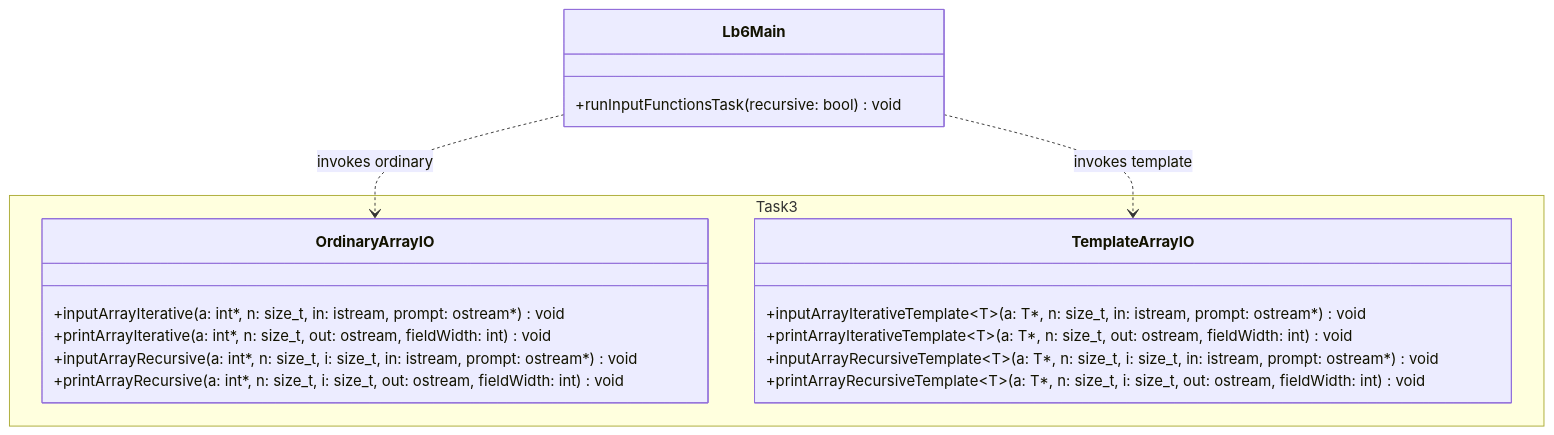
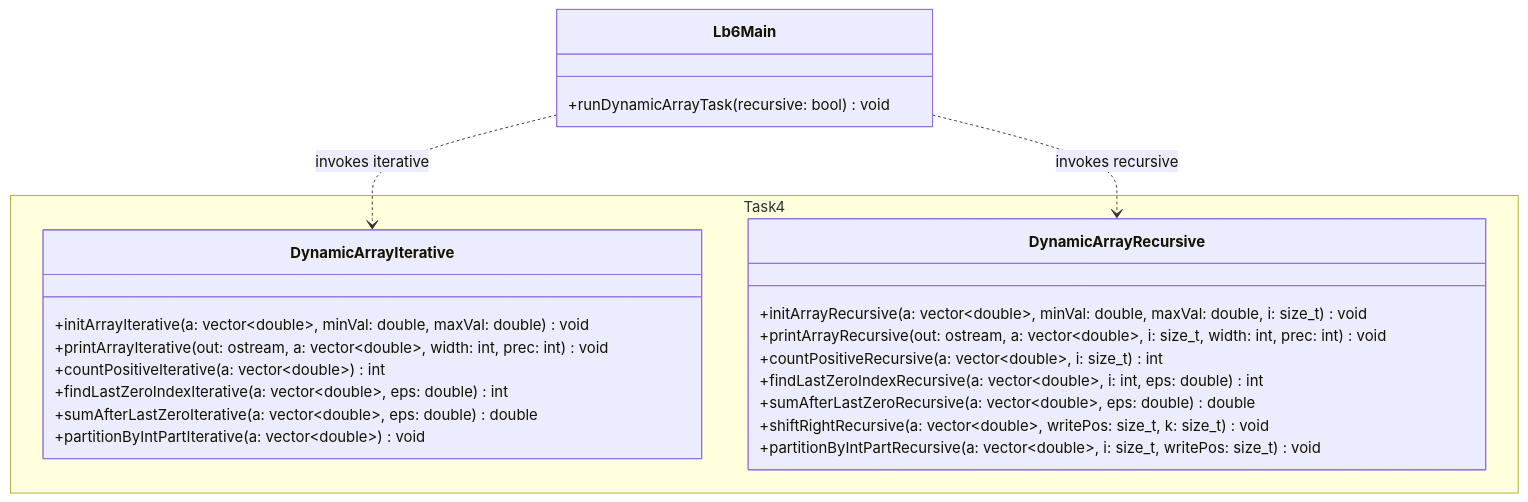
The third of 3 diagrams in Lb6/README.md (lviv-polytech/alg-cpp-labs), drawn with Mermaid before and after one commit. The commit also changed other lines of this file and 5 other files, not shown here.

Commit message:
feat(lab-06): implement task 6.4 dynamic array analysis and stable partition

````diff
--- a/Lb6/README.md
+++ b/Lb6/README.md
@@ -110,25 +105,30 @@
 ```mermaid
 classDiagram
-    namespace Task3 {
-        class OrdinaryArrayIO {
-            +inputArrayIterative(a: int*, n: size_t, in: istream, prompt: ostream*) void
-            +printArrayIterative(a: int*, n: size_t, out: ostream, fieldWidth: int) void
-            +inputArrayRecursive(a: int*, n: size_t, i: size_t, in: istream, prompt: ostream*) void
-            +printArrayRecursive(a: int*, n: size_t, i: size_t, out: ostream, fieldWidth: int) void
+    namespace Task4 {
+        class DynamicArrayIterative {
+            +initArrayIterative(a: vector~double~, minVal: double, maxVal: double) void
+            +printArrayIterative(out: ostream, a: vector~double~, width: int, prec: int) void
+            +countPositiveIterative(a: vector~double~) int
+            +findLastZeroIndexIterative(a: vector~double~, eps: double) int
+            +sumAfterLastZeroIterative(a: vector~double~, eps: double) double
+            +partitionByIntPartIterative(a: vector~double~) void
         }
 
-        class TemplateArrayIO {
-            +inputArrayIterativeTemplate~T~(a: T*, n: size_t, in: istream, prompt: ostream*) void
-            +printArrayIterativeTemplate~T~(a: T*, n: size_t, out: ostream, fieldWidth: int) void
-            +inputArrayRecursiveTemplate~T~(a: T*, n: size_t, i: size_t, in: istream, prompt: ostream*) void
-            +printArrayRecursiveTemplate~T~(a: T*, n: size_t, i: size_t, out: ostream, fieldWidth: int) void
+        class DynamicArrayRecursive {
+            +initArrayRecursive(a: vector~double~, minVal: double, maxVal: double, i: size_t) void
+            +printArrayRecursive(out: ostream, a: vector~double~, i: size_t, width: int, prec: int) void
+            +countPositiveRecursive(a: vector~double~, i: size_t) int
+            +findLastZeroIndexRecursive(a: vector~double~, i: int, eps: double) int
+            +sumAfterLastZeroRecursive(a: vector~double~, eps: double) double
+            +shiftRightRecursive(a: vector~double~, writePos: size_t, k: size_t) void
+            +partitionByIntPartRecursive(a: vector~double~, i: size_t, writePos: size_t) void
         }
     }
 
     class Lb6Main {
-        +runInputFunctionsTask(recursive: bool) void
+        +runDynamicArrayTask(recursive: bool) void
     }
 
-    Lb6Main ..> OrdinaryArrayIO : invokes ordinary
-    Lb6Main ..> TemplateArrayIO : invokes template
+    Lb6Main ..> DynamicArrayIterative : invokes iterative
+    Lb6Main ..> DynamicArrayRecursive : invokes recursive
 ```
````
